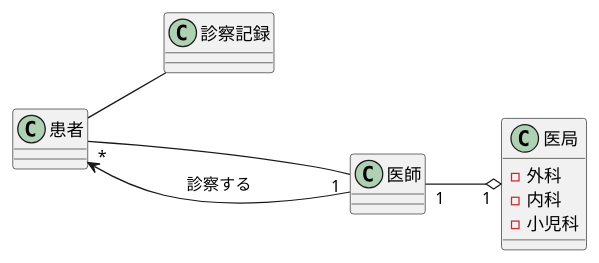
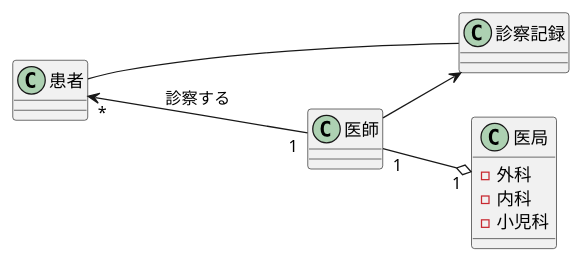
One commit to HIKAKINsan/uml-introduction changed the diagram in 演習3-2_CL_医師と患者と医局と診療記録.pu. Above: the diagram before and after it, drawn with PlantUML. The commit also changed 1 other file, not shown here.

```diff
--- a/演習3-2_CL_医師と患者と医局と診療記録.pu
+++ b/演習3-2_CL_医師と患者と医局と診療記録.pu
@@ -1,19 +1,18 @@
 @startuml
 left to right direction
 class 医局{
     - 外科
     - 内科
     - 小児科
 }
 class 患者{
 }
 class 診察記録{
 }
 class 医師{
 }
+医師-->診察記録
 患者--診察記録
-医師-->患者:診察する
 医師 "1" --o "1" 医局
-医師 "1" --up- "*" 患者
-
+医師 "1" --up-> "*" 患者:診察する
 @enduml
```
